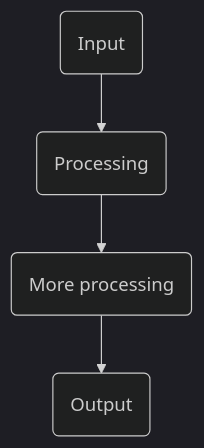
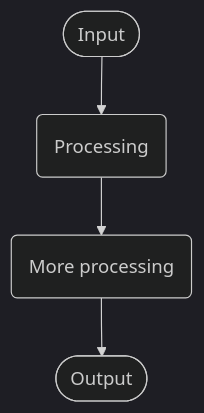
One commit to pythonspeed/low-level-performance-book changed the first of 3 diagrams in book/part_4_parallelism/002_where.qmd. Above: the diagram before and after it, drawn with Mermaid (dark theme). The commit also changed other lines of this file and 2 other files, not shown here.

````diff
--- a/book/part_4_parallelism/002_where.qmd
+++ b/book/part_4_parallelism/002_where.qmd
@@ -24,6 +30,6 @@
 ```{mermaid}
 flowchart TD
- A("Input") --> B("Processing")
+ A(["Input"]) --> B("Processing")
  B --> C("More processing")
- C --> D("Output")
+ C --> D(["Output"])
 ```
````
